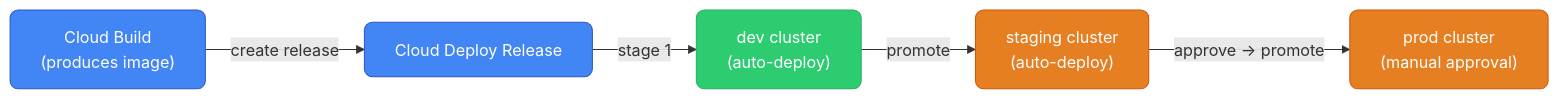
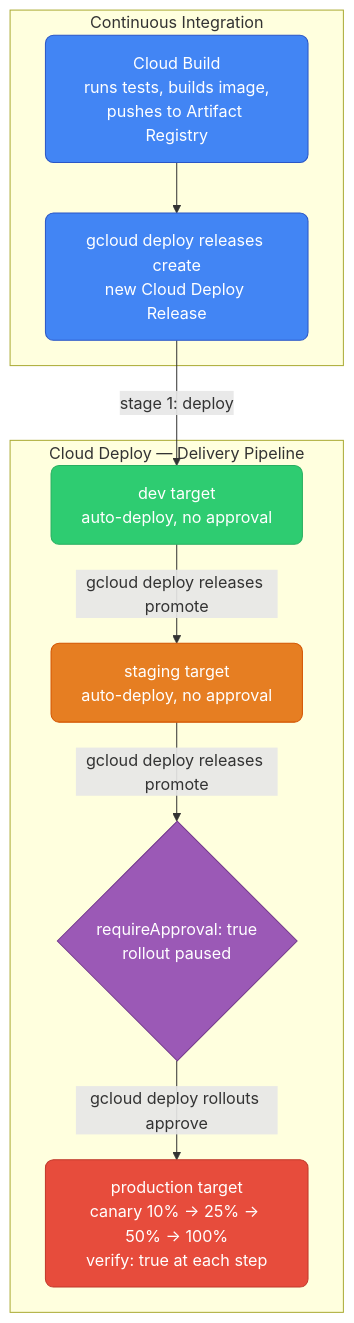
One commit to deepanshu-rawat6/DevOpsIndex changed the first of 3 diagrams in gcp/cicd.md. Above: the diagram before and after it, drawn with Mermaid. The commit also changed other lines of this file and 14 other files, not shown here.

````diff
--- a/gcp/cicd.md
+++ b/gcp/cicd.md
@@ -266,17 +300,26 @@
 ```mermaid
-graph LR
+graph TD
     classDef gcp fill:#4285f4,stroke:#2a56c6,color:#fff,rx:8
     classDef green fill:#2ecc71,stroke:#27ae60,color:#fff,rx:8
-    classDef orange fill:#e67e22,stroke:#d35400,color:#fff,rx:8
+    classDef amber fill:#e67e22,stroke:#d35400,color:#fff,rx:8
+    classDef gate fill:#9b59b6,stroke:#71368a,color:#fff,rx:8
+    classDef red fill:#e74c3c,stroke:#c0392b,color:#fff,rx:8
 
-    BUILD["Cloud Build\n(produces image)"]:::gcp
-    REL["Cloud Deploy Release"]:::gcp
-    DEV["dev cluster\n(auto-deploy)"]:::green
-    STAGING["staging cluster\n(auto-deploy)"]:::orange
-    PROD["prod cluster\n(manual approval)"]:::orange
+    subgraph CI["Continuous Integration"]
+        BUILD["Cloud Build<br/>runs tests, builds image,<br/>pushes to Artifact Registry"]:::gcp
+        REL["gcloud deploy releases create<br/>new Cloud Deploy Release"]:::gcp
+        BUILD --> REL
+    end
 
-    BUILD -->|"create release"| REL
-    REL -->|"stage 1"| DEV
-    DEV -->|"promote"| STAGING
-    STAGING -->|"approve → promote"| PROD
+    subgraph PIPE["Cloud Deploy — Delivery Pipeline"]
+        DEV["dev target<br/>auto-deploy, no approval"]:::green
+        STAGING["staging target<br/>auto-deploy, no approval"]:::amber
+        GATE{"requireApproval: true<br/>rollout paused"}:::gate
+        PROD["production target<br/>canary 10% → 25% → 50% → 100%<br/>verify: true at each step"]:::red
+    end
+
+    REL -->|"stage 1: deploy"| DEV
+    DEV -->|"gcloud deploy releases promote"| STAGING
+    STAGING -->|"gcloud deploy releases promote"| GATE
+    GATE -->|"gcloud deploy rollouts approve"| PROD
 ```
````
